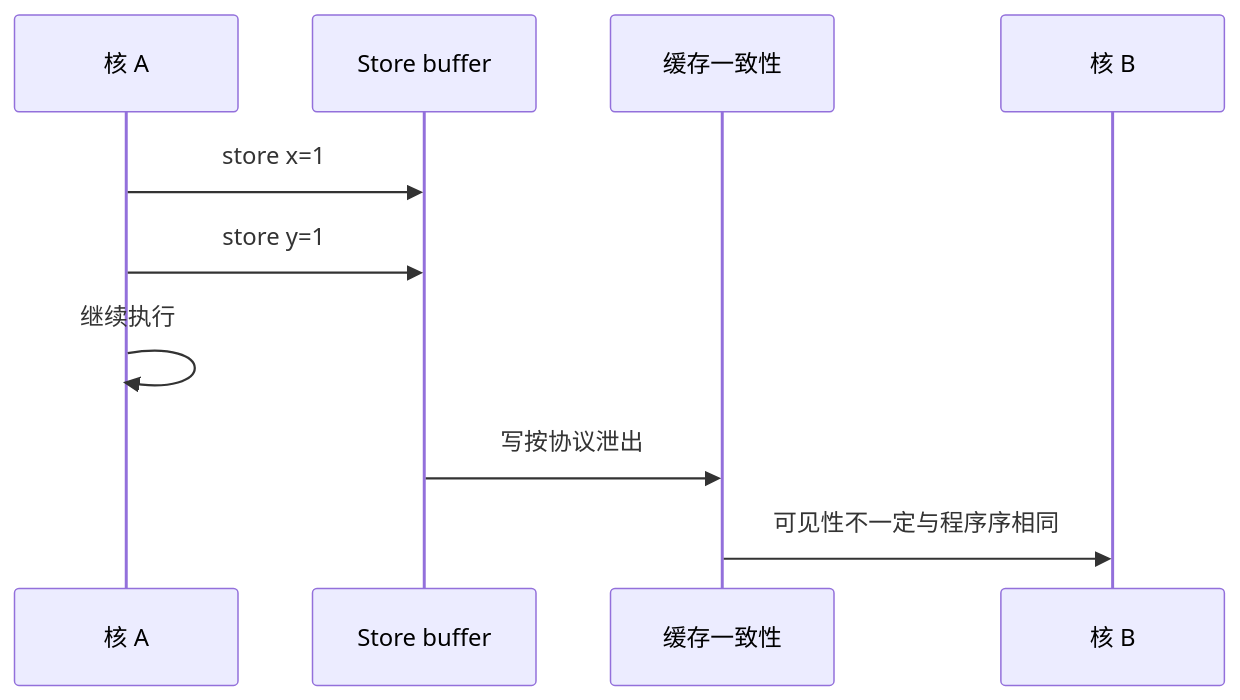
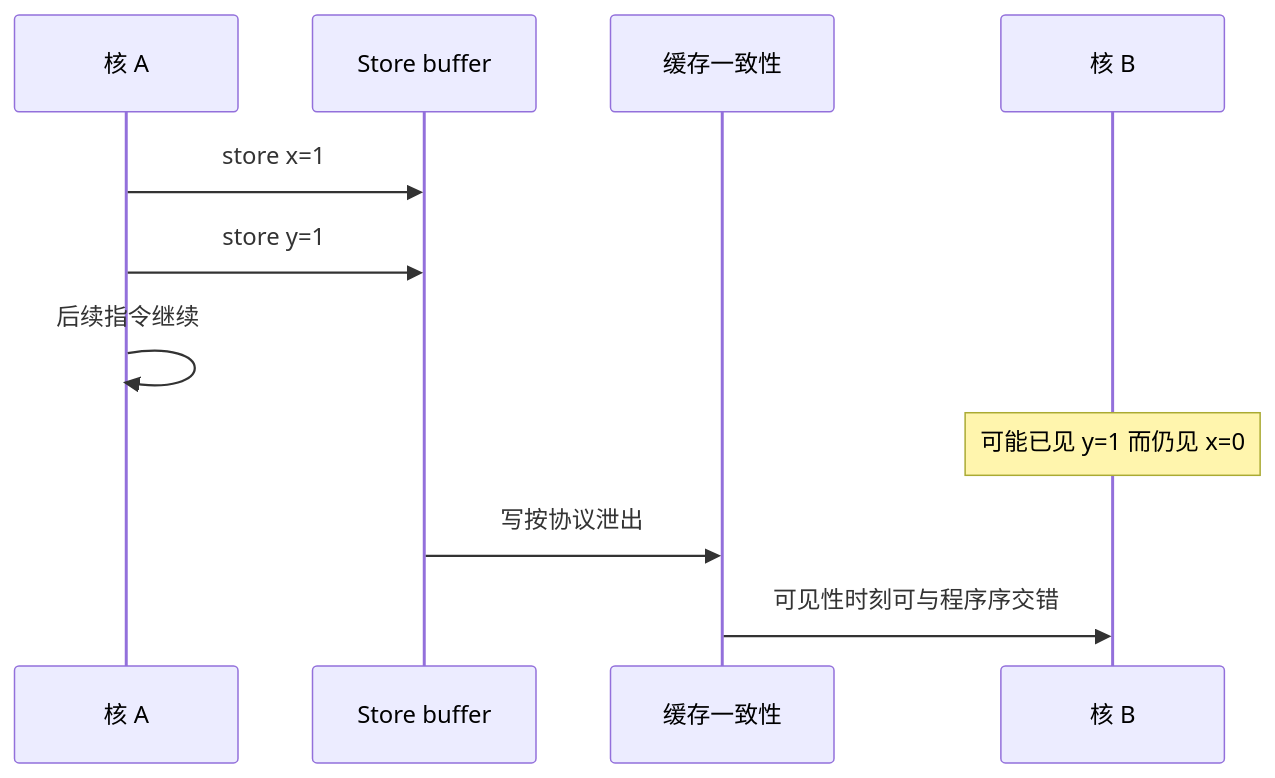
The diagram in docs/ch01/memory-ordering.md (wangzh12023/langstack-101), drawn with Mermaid before and after one commit. The commit also changed other lines of this file and 23 other files, not shown here.

````diff
--- a/docs/ch01/memory-ordering.md
+++ b/docs/ch01/memory-ordering.md
@@ -11,12 +11,13 @@
 ```mermaid
 sequenceDiagram
   participant A as 核 A
   participant SB as Store buffer
-  participant C as 缓存一致性
+  participant Coherence as 缓存一致性
   participant B as 核 B
   A->>SB: store x=1
   A->>SB: store y=1
-  A->>A: 继续执行
-  SB->>C: 写按协议泄出
-  C->>B: 可见性不一定与程序序相同
+  A->>A: 后续指令继续
+  Note over B: 可能已见 y=1 而仍见 x=0
+  SB->>Coherence: 写按协议泄出
+  Coherence->>B: 可见性时刻可与程序序交错
 ```
````
